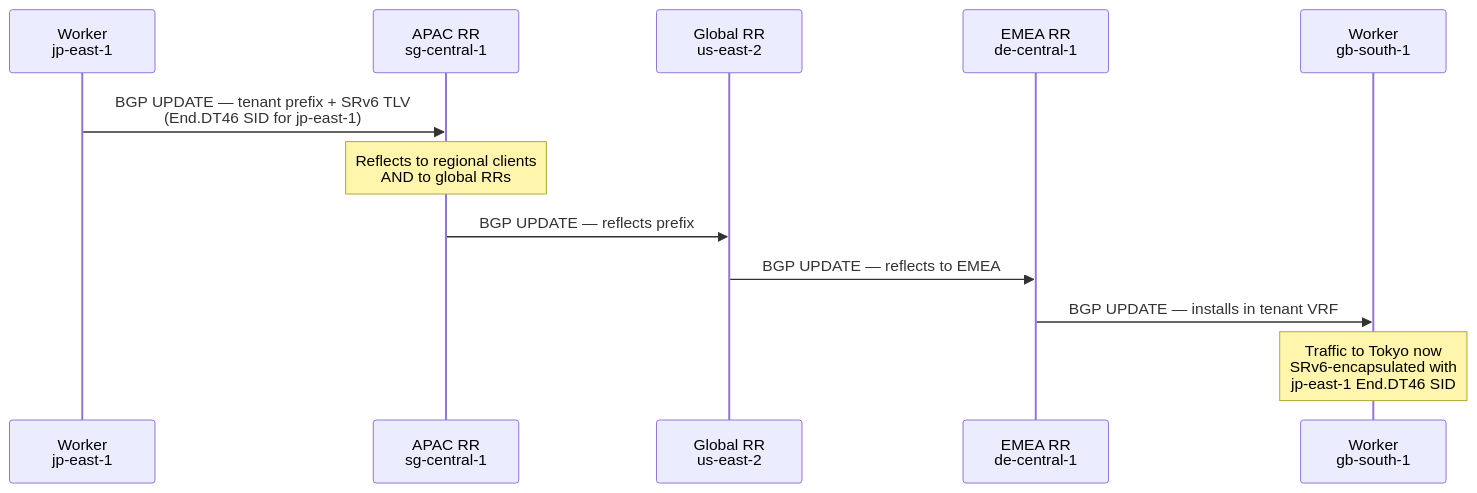
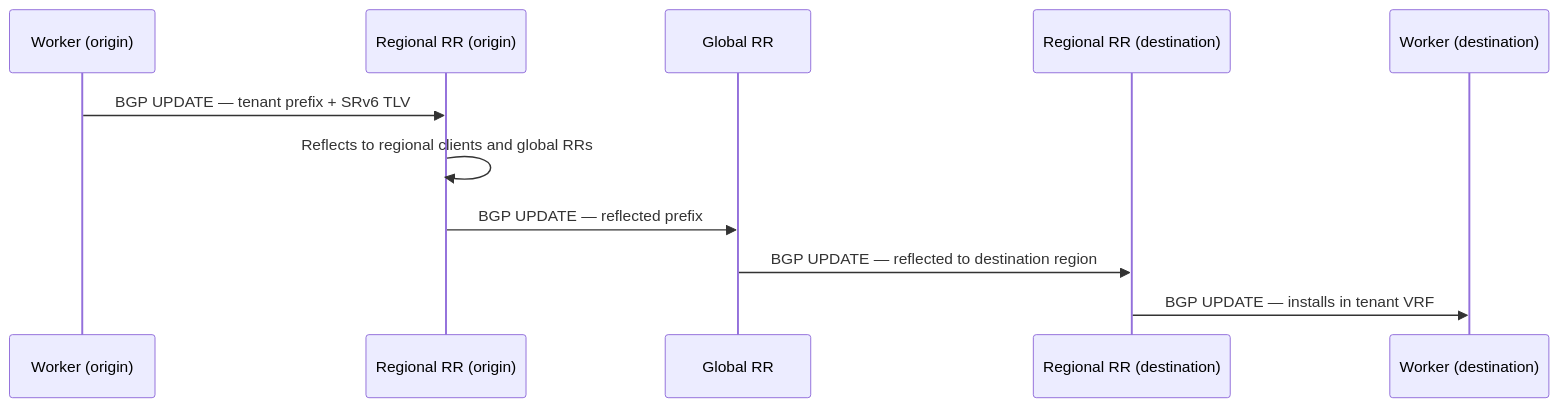
The second of 2 diagrams in enhancements/networking/bgp-control-plane/README.md (datum-cloud/enhancements), drawn with Mermaid before and after one commit. The commit also changed other lines of this file and 6 other files, not shown here.

````diff
--- a/enhancements/networking/bgp-control-plane/README.md
+++ b/enhancements/networking/bgp-control-plane/README.md
@@ -174,15 +92,14 @@
 ```mermaid
 sequenceDiagram
-  participant W_JP as Worker<br/>jp-east-1
-  participant RR_AP as APAC RR<br/>sg-central-1
-  participant GRR as Global RR<br/>us-east-2
-  participant RR_EU as EMEA RR<br/>de-central-1
-  participant W_GB as Worker<br/>gb-south-1
+    participant W_SRC as Worker (origin)
+    participant RR_SRC as Regional RR (origin)
+    participant GRR as Global RR
+    participant RR_DST as Regional RR (destination)
+    participant W_DST as Worker (destination)
 
-  W_JP->>RR_AP: BGP UPDATE — tenant prefix + SRv6 TLV<br/>(End.DT46 SID for jp-east-1)
-  Note over RR_AP: Reflects to regional clients<br/>AND to global RRs
-  RR_AP->>GRR: BGP UPDATE — reflects prefix
-  GRR->>RR_EU: BGP UPDATE — reflects to EMEA
-  RR_EU->>W_GB: BGP UPDATE — installs in tenant VRF
-  Note over W_GB: Traffic to Tokyo now<br/>SRv6-encapsulated with<br/>jp-east-1 End.DT46 SID
+    W_SRC ->> RR_SRC: BGP UPDATE — tenant prefix + SRv6 TLV
+    RR_SRC ->> RR_SRC: Reflects to regional clients and global RRs
+    RR_SRC ->> GRR: BGP UPDATE — reflected prefix
+    GRR ->> RR_DST: BGP UPDATE — reflected to destination region
+    RR_DST ->> W_DST: BGP UPDATE — installs in tenant VRF
 ```
````
